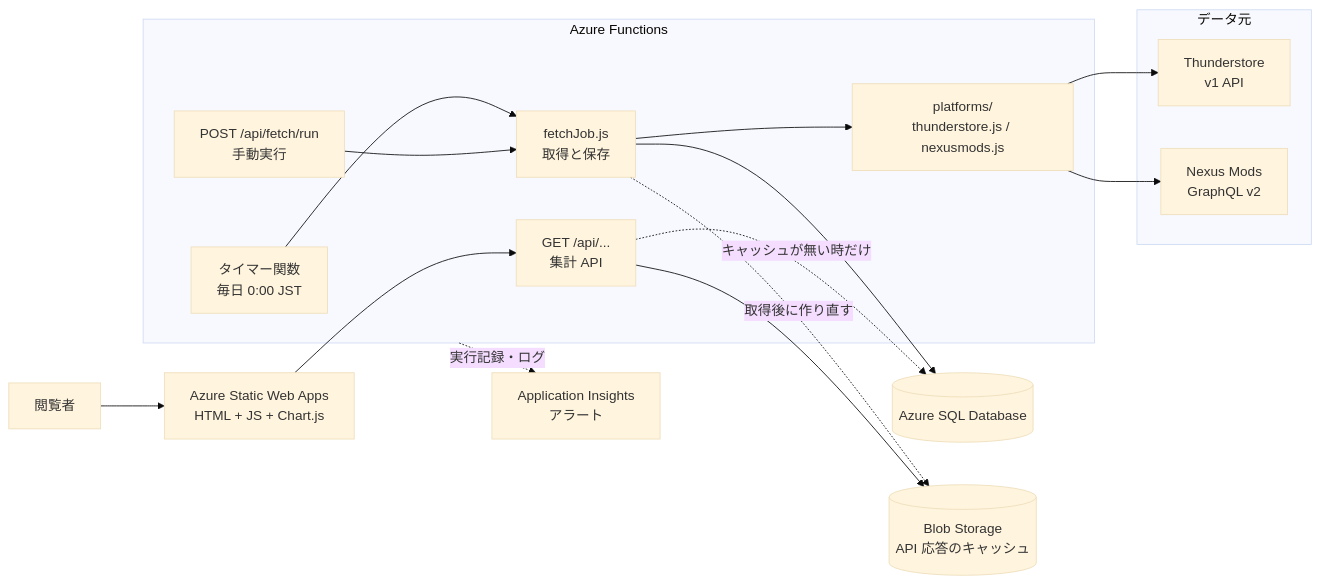
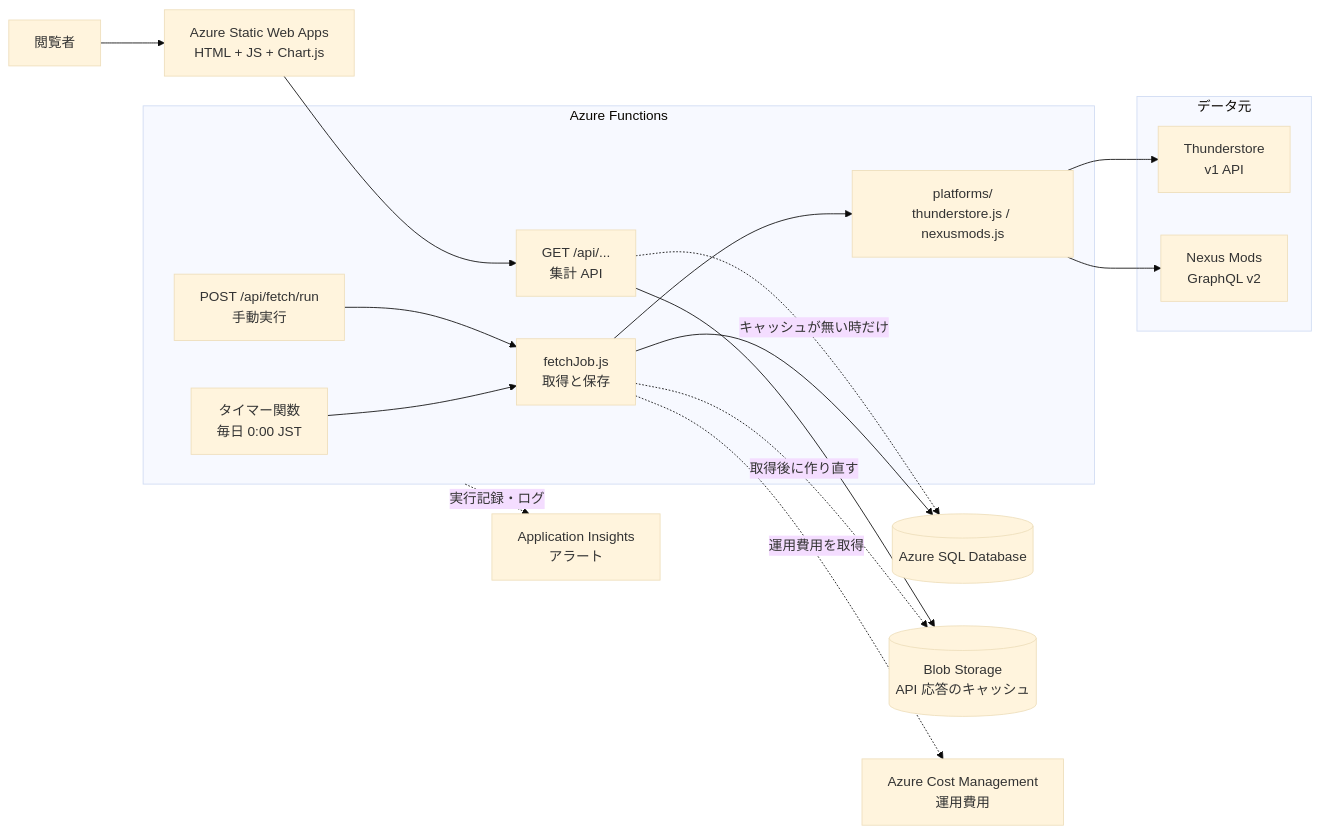
The diagram in README.md (ryuka-dev/Mod-Insight), drawn with Mermaid (base theme) before and after one commit. The commit also changed other lines of this file, not shown here.

````diff
--- a/README.md
+++ b/README.md
@@ -124,34 +124,36 @@
 ```mermaid
 flowchart LR
   subgraph Sources[データ元]
     TS[Thunderstore<br/>v1 API]
     NX[Nexus Mods<br/>GraphQL v2]
   end
 
   subgraph Func[Azure Functions]
     Timer[タイマー関数<br/>毎日 0:00 JST]
     Run[POST /api/fetch/run<br/>手動実行]
     Job[fetchJob.js<br/>取得と保存]
     Adapters[platforms/<br/>thunderstore.js / nexusmods.js]
     Api[GET /api/...<br/>集計 API]
   end
 
   DB[(Azure SQL Database)]
   Blob[(Blob Storage<br/>API 応答のキャッシュ)]
   Web[Azure Static Web Apps<br/>HTML + JS + Chart.js]
   AI[Application Insights<br/>アラート]
+  Cost[Azure Cost Management<br/>運用費用]
   User[閲覧者]
 
   Timer --> Job
   Run --> Job
   Job --> Adapters
   Adapters --> TS
   Adapters --> NX
   Job --> DB
   Job -.取得後に作り直す.-> Blob
+  Job -.運用費用を取得.-> Cost
   Api --> Blob
   Api -.キャッシュが無い時だけ.-> DB
   User --> Web
   Web --> Api
   Func -.実行記録・ログ.-> AI
 ```
````
